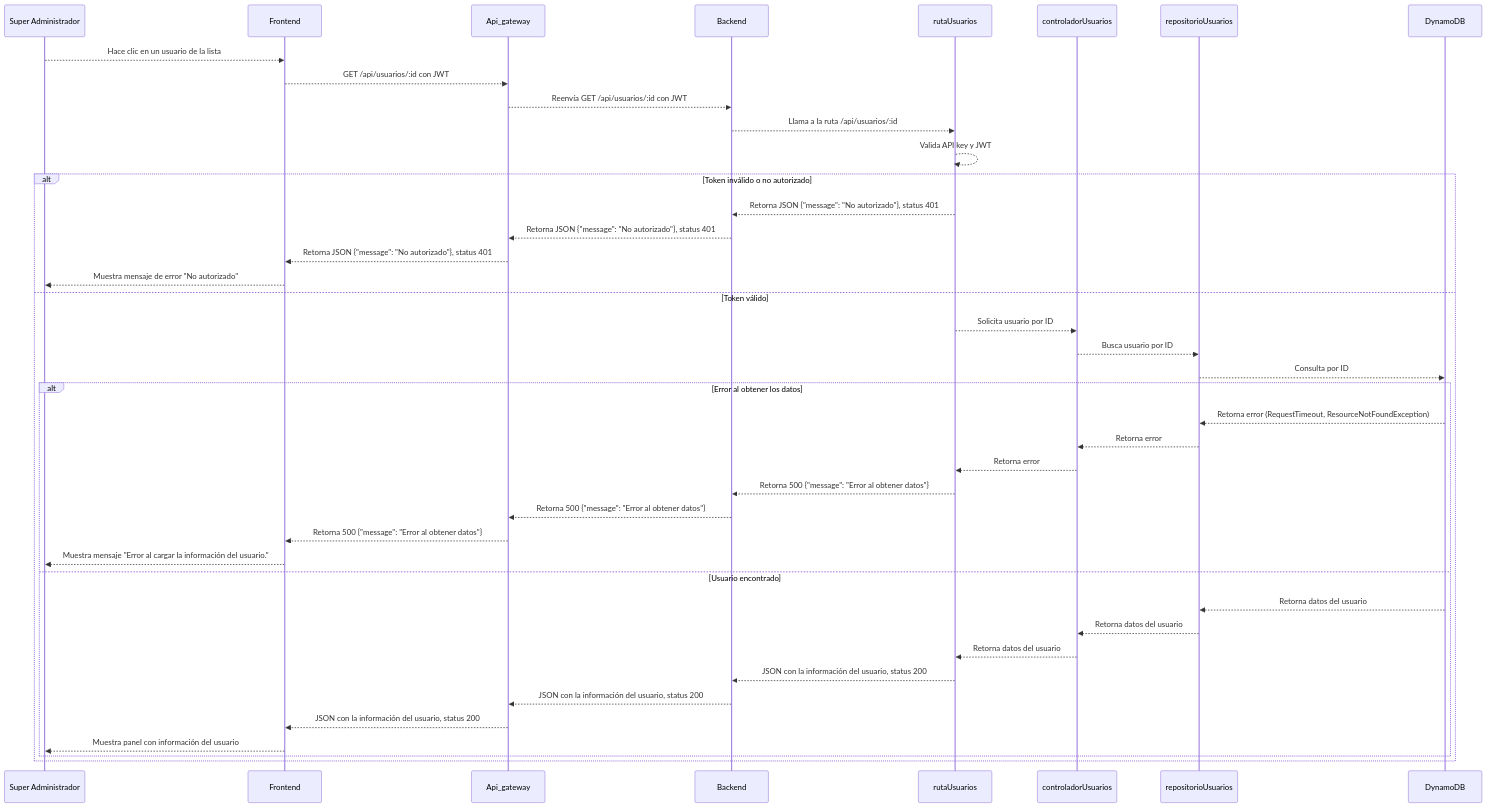
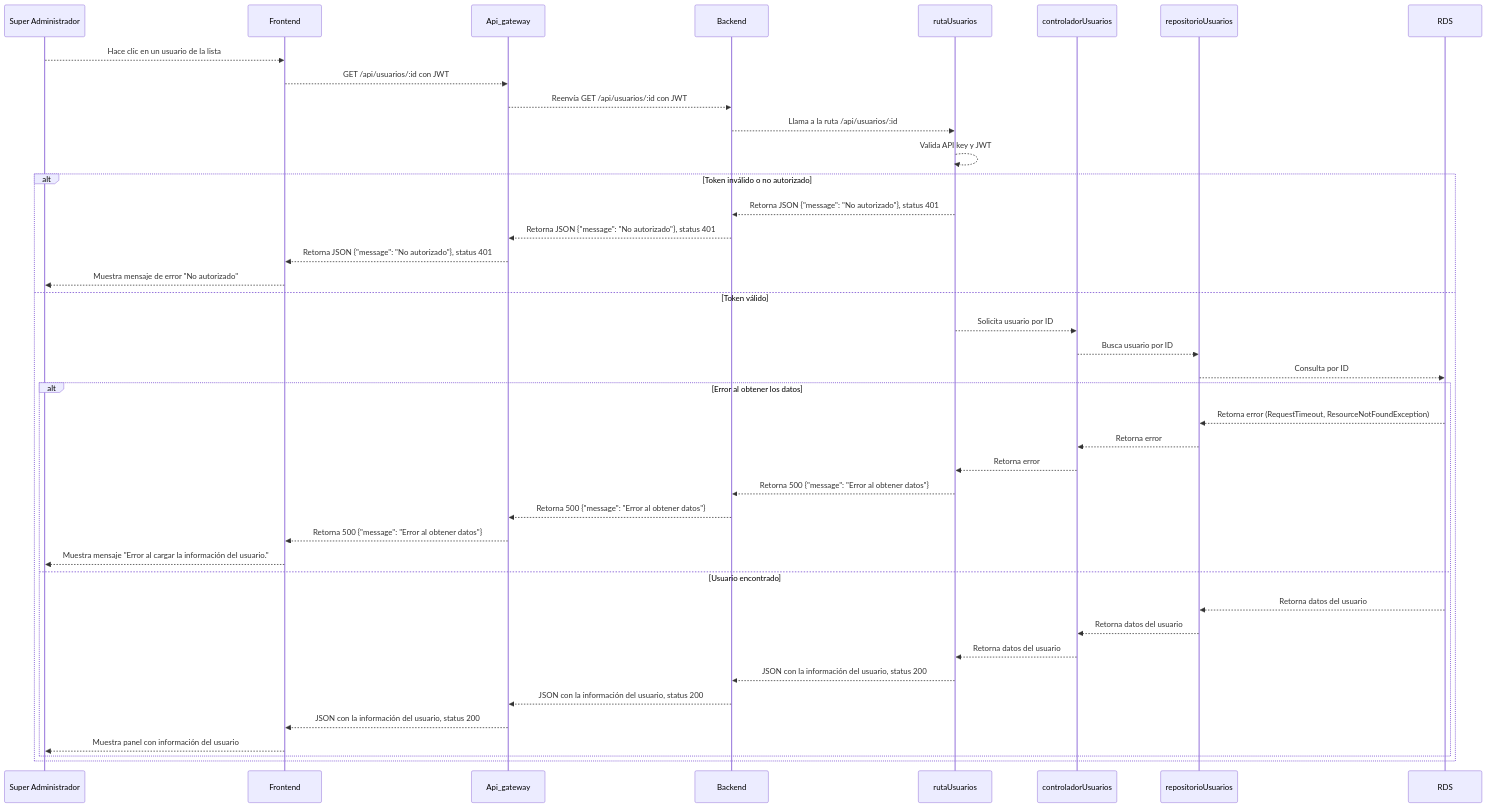
The diagram in documentation/docs/proyectos/textiles/documentacion/requisitos/RF3.md (CodeAnd-Co/Documentacion), drawn with Mermaid before and after one commit. The commit also changed 7 other files, not shown here.

Commit message:
Cambiar DynamoDB por RDS debido a cambio en tecnologia

````diff
--- a/documentation/docs/proyectos/textiles/documentacion/requisitos/RF3.md
+++ b/documentation/docs/proyectos/textiles/documentacion/requisitos/RF3.md
@@ -37,46 +37,46 @@
 ```mermaid
 sequenceDiagram
 participant SuperAdmin as Super Administrador
 participant Frontend
 participant Api_gateway
 participant Backend
 participant rutaUsuarios
 participant controladorUsuarios
 participant repositorioUsuarios
-participant DynamoDB
+participant RDS
 
 SuperAdmin -->> Frontend: Hace clic en un usuario de la lista
 Frontend -->> Api_gateway: GET /api/usuarios/:id con JWT
 Api_gateway -->> Backend: Reenvía GET /api/usuarios/:id con JWT
 Backend -->> rutaUsuarios: Llama a la ruta /api/usuarios/:id
 rutaUsuarios -->> rutaUsuarios: Valida API key y JWT
 
 alt Token inválido o no autorizado
     rutaUsuarios -->> Backend: Retorna JSON {"message": "No autorizado"}, status 401
     Backend -->> Api_gateway: Retorna JSON {"message": "No autorizado"}, status 401
     Api_gateway -->> Frontend: Retorna JSON {"message": "No autorizado"}, status 401
     Frontend -->> SuperAdmin: Muestra mensaje de error "No autorizado"
 else Token válido
     rutaUsuarios -->> controladorUsuarios: Solicita usuario por ID
     controladorUsuarios -->> repositorioUsuarios: Busca usuario por ID
-    repositorioUsuarios -->> DynamoDB: Consulta por ID
+    repositorioUsuarios -->> RDS: Consulta por ID
 
     alt Error al obtener los datos
-        DynamoDB -->> repositorioUsuarios: Retorna error (RequestTimeout, ResourceNotFoundException)
+        RDS -->> repositorioUsuarios: Retorna error (RequestTimeout, ResourceNotFoundException)
         repositorioUsuarios -->> controladorUsuarios: Retorna error
         controladorUsuarios -->> rutaUsuarios: Retorna error
         rutaUsuarios -->> Backend: Retorna 500 {"message": "Error al obtener datos"}
         Backend -->> Api_gateway: Retorna 500 {"message": "Error al obtener datos"}
         Api_gateway -->> Frontend: Retorna 500 {"message": "Error al obtener datos"}
         Frontend -->> SuperAdmin: Muestra mensaje "Error al cargar la información del usuario."
     else Usuario encontrado
-        DynamoDB -->> repositorioUsuarios: Retorna datos del usuario
+        RDS -->> repositorioUsuarios: Retorna datos del usuario
         repositorioUsuarios -->> controladorUsuarios: Retorna datos del usuario
         controladorUsuarios -->> rutaUsuarios: Retorna datos del usuario
         rutaUsuarios -->> Backend: JSON con la información del usuario, status 200
         Backend -->> Api_gateway: JSON con la información del usuario, status 200
         Api_gateway -->> Frontend: JSON con la información del usuario, status 200
         Frontend -->> SuperAdmin: Muestra panel con información del usuario
     end
 end
 ```
````
